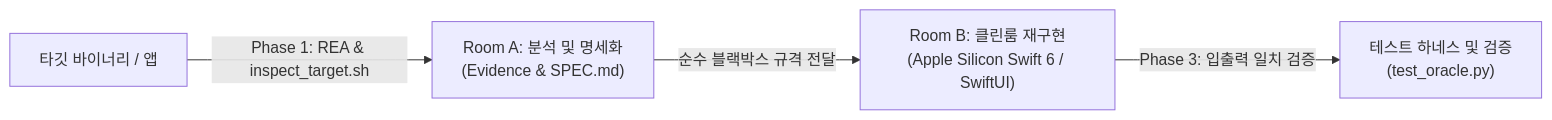
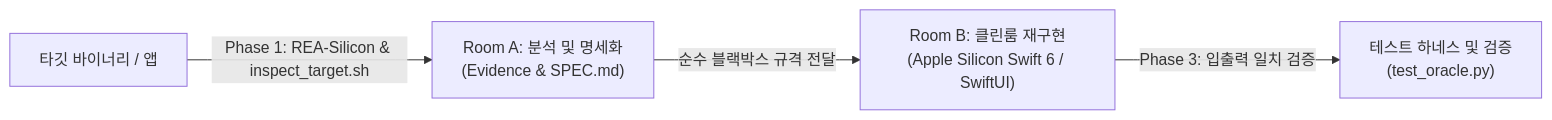
One commit to krazyeom/rea-silicon changed the diagram in REA_REVERSE_ENGINEERING_GUIDE.md. Above: the diagram before and after it, drawn with Mermaid. The commit also changed other lines of this file and 10 other files, not shown here.

Commit message:
docs: rebrand project name to REA-Silicon and add GitHub publishing guide

````diff
--- a/REA_REVERSE_ENGINEERING_GUIDE.md
+++ b/REA_REVERSE_ENGINEERING_GUIDE.md
@@ -17,6 +17,6 @@
 ```mermaid
 flowchart LR
-    Target[타깃 바이너리 / 앱] -->|Phase 1: REA & inspect_target.sh| RoomA["Room A: 분석 및 명세화\n(Evidence & SPEC.md)"]
+    Target[타깃 바이너리 / 앱] -->|Phase 1: REA-Silicon & inspect_target.sh| RoomA["Room A: 분석 및 명세화\n(Evidence & SPEC.md)"]
     RoomA -->|순수 블랙박스 규격 전달| RoomB["Room B: 클린룸 재구현\n(Apple Silicon Swift 6 / SwiftUI)"]
     RoomB -->|Phase 3: 입출력 일치 검증| Oracle["테스트 하네스 및 검증\n(test_oracle.py)"]
 ```
````
